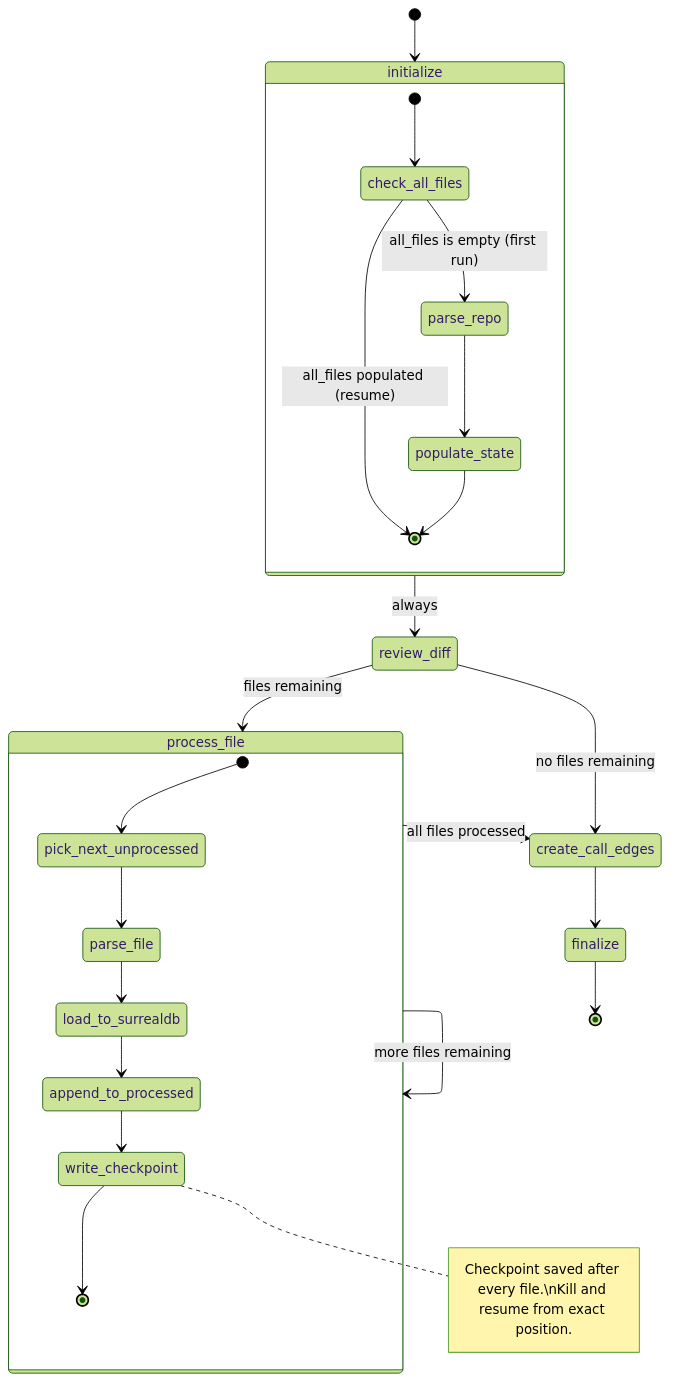
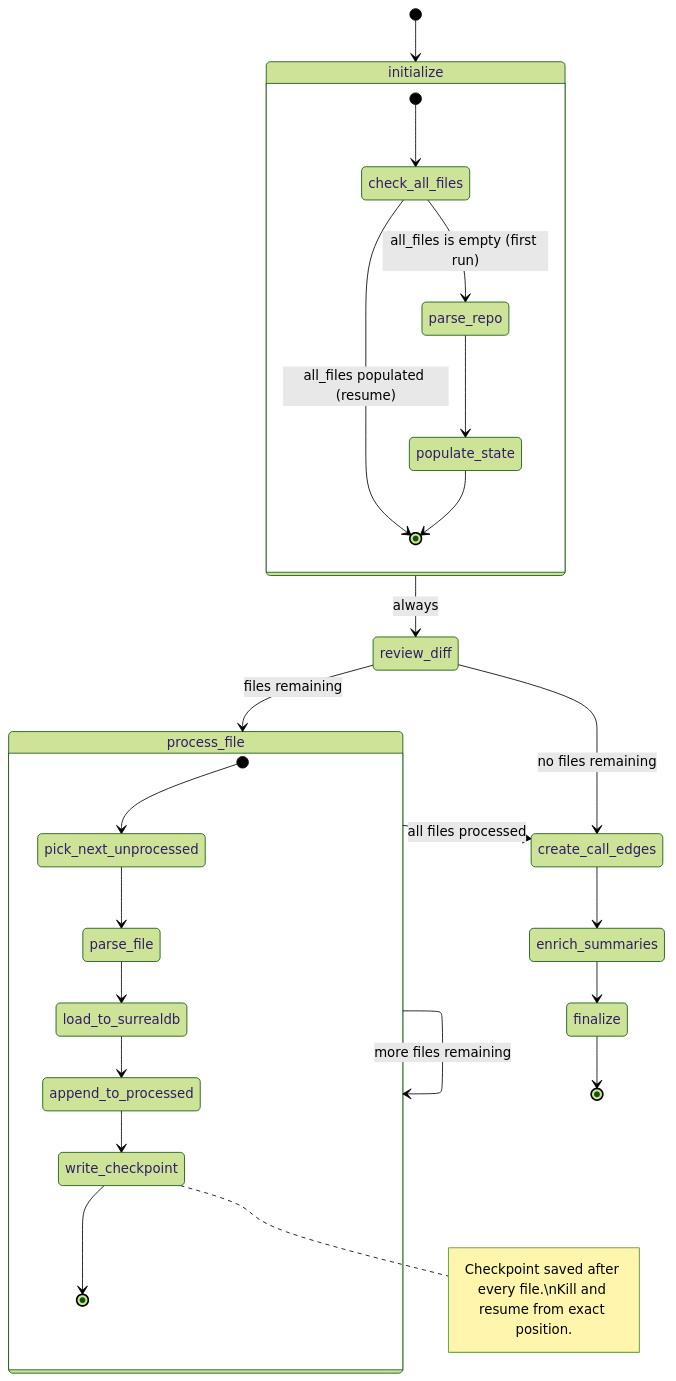
The fifth of 7 diagrams in ARCHITECTURE.md (atwmarshall/dead-reckoning), drawn with Mermaid (forest theme) before and after one commit. The commit also changed other lines of this file and 1 other file, not shown here.

````diff
--- a/ARCHITECTURE.md
+++ b/ARCHITECTURE.md
@@ -282,29 +337,30 @@
 ```mermaid
 stateDiagram-v2
     [*] --> initialize
     initialize --> review_diff: always
     review_diff --> process_file: files remaining
     review_diff --> create_call_edges: no files remaining
     process_file --> process_file: more files remaining
     process_file --> create_call_edges: all files processed
-    create_call_edges --> finalize
+    create_call_edges --> enrich_summaries
+    enrich_summaries --> finalize
     finalize --> [*]
 
     state initialize {
         [*] --> check_all_files
         check_all_files --> parse_repo: all_files is empty (first run)
         check_all_files --> [*]: all_files populated (resume)
         parse_repo --> populate_state
         populate_state --> [*]
     }
 
     state process_file {
         [*] --> pick_next_unprocessed
         pick_next_unprocessed --> parse_file
         parse_file --> load_to_surrealdb
         load_to_surrealdb --> append_to_processed
         append_to_processed --> write_checkpoint
         write_checkpoint --> [*]
         note right of write_checkpoint: Checkpoint saved after every file.\nKill and resume from exact position.
     }
 ```
````
